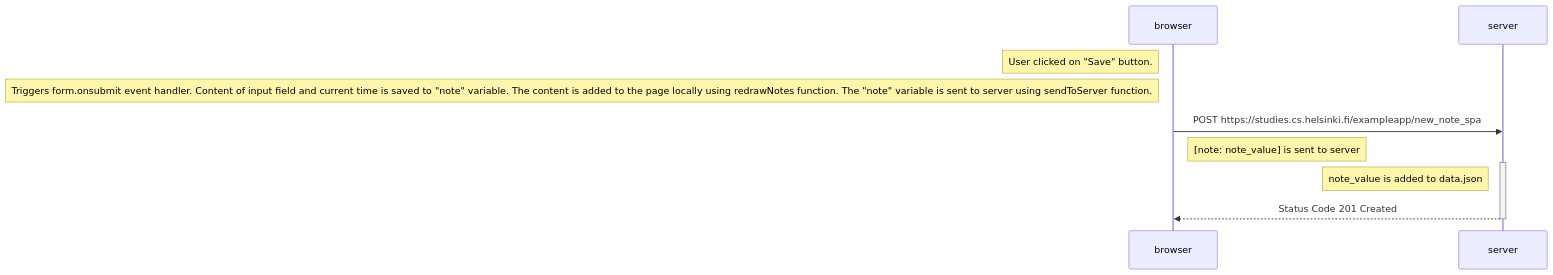
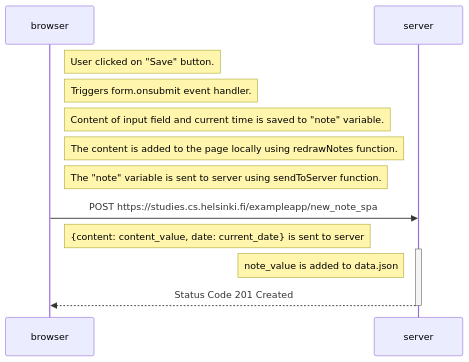
The diagram in part0/0.6.md (hkapplemint/FullStackOpenEx), drawn with Mermaid before and after one commit.

````diff
--- a/part0/0.6.md
+++ b/part0/0.6.md
@@ -1,14 +1,18 @@
 ```mermaid
 sequenceDiagram
   participant browser
   participant server
 
-  Note left of browser: User clicked on "Save" button.
-  Note left of browser: Triggers form.onsubmit event handler. Content of input field and current time is saved to "note" variable. The content is added to the page locally using redrawNotes function. The "note" variable is sent to server using sendToServer function.
+  Note right of browser: User clicked on "Save" button.
+  Note right of browser: Triggers form.onsubmit event handler.
+  Note right of browser: Content of input field and current time is saved to "note" variable.
+  Note right of browser: The content is added to the page locally using redrawNotes function.
+  Note right of browser: The "note" variable is sent to server using sendToServer function.
+
   browser->>server: POST https://studies.cs.helsinki.fi/exampleapp/new_note_spa
-  Note right of browser: [note: note_value] is sent to server
+  Note right of browser: {content: content_value, date: current_date} is sent to server
   activate server
   Note left of server: note_value is added to data.json
   server-->>browser: Status Code 201 Created
   deactivate server
 ```
````
